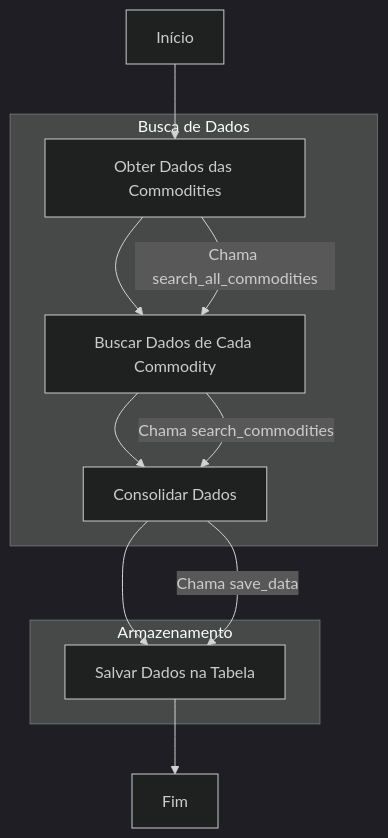
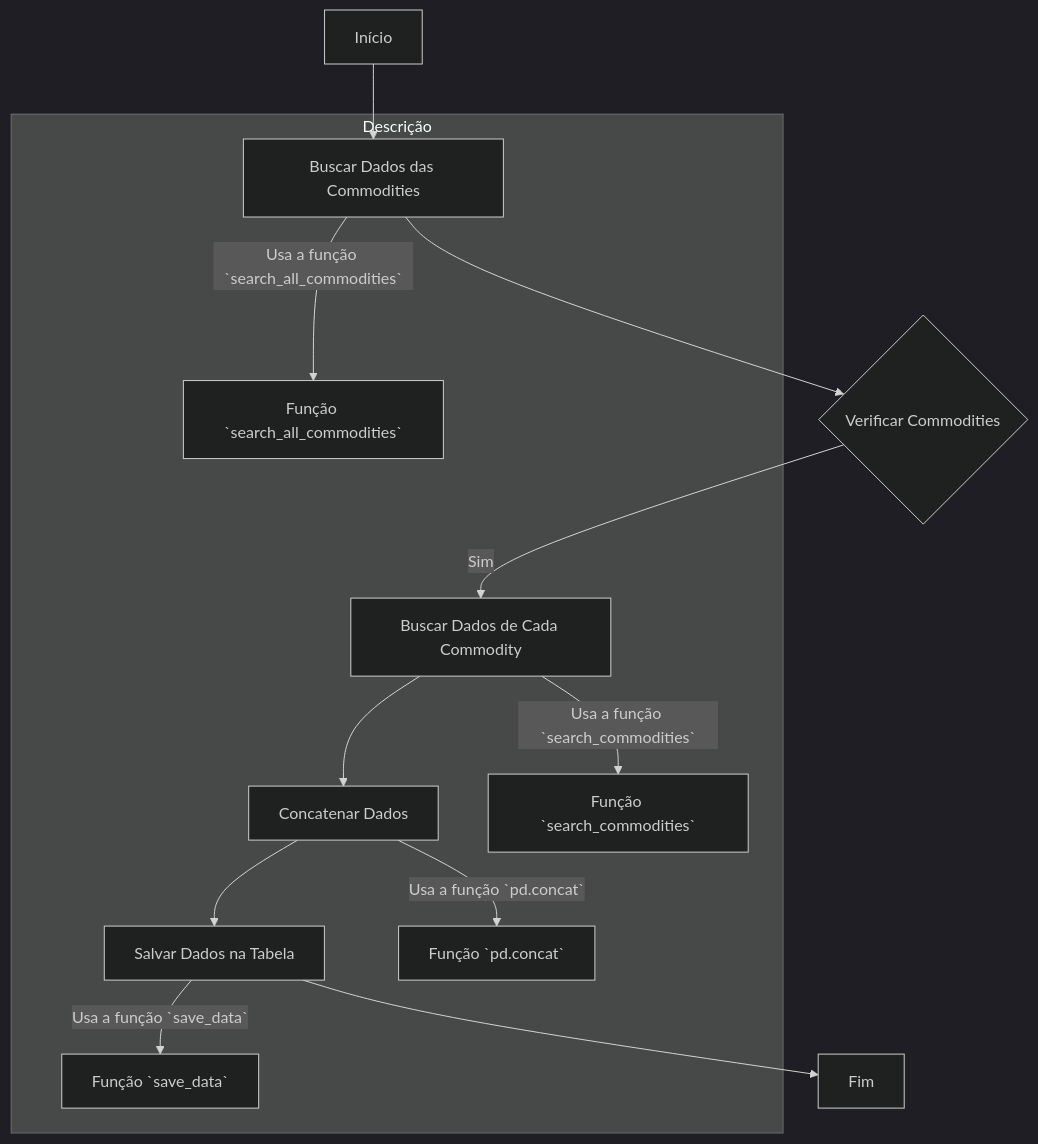
Before and after one commit to Essence999/commodities_data_warehouse: the diagram in README.md, drawn with Mermaid (dark theme).

Commit message:
feat: workflow sequencial

````diff
--- a/README.md
+++ b/README.md
@@ -3,21 +3,17 @@
 ```mermaid
 graph TD
-    A[Início] --> B[Obter Dados das Commodities]
+    A[Início] --> B[Buscar Dados das Commodities]
+    B --> C{Verificar Commodities}
+    C -->|Sim| D[Buscar Dados de Cada Commodity]
+    D --> E[Concatenar Dados]
+    E --> F[Salvar Dados na Tabela]
+    F --> G[Fim]
 
-    subgraph Busca de Dados
-        B --> C[Buscar Dados de Cada Commodity]
-        C --> D[Consolidar Dados]
+    %% Descrição das etapas
+    subgraph Descrição
+        B[Buscar Dados das Commodities] -->|Usa a função `search_all_commodities`| B1[Função `search_all_commodities`]
+        D[Buscar Dados de Cada Commodity] -->|Usa a função `search_commodities`| D1[Função `search_commodities`]
+        E[Concatenar Dados] -->|Usa a função `pd.concat`| E1[Função `pd.concat`]
+        F[Salvar Dados na Tabela] -->|Usa a função `save_data`| F1[Função `save_data`]
     end
-
-    subgraph Armazenamento
-        D --> E[Salvar Dados na Tabela]
-    end
-
-    E --> F[Fim]
-
-    %% Detalhamento das etapas
-    B --> |"Chama search_all_commodities"| C
-    C --> |"Chama search_commodities"| D
-    D --> |"Chama save_data"| E
-
 ```
````
